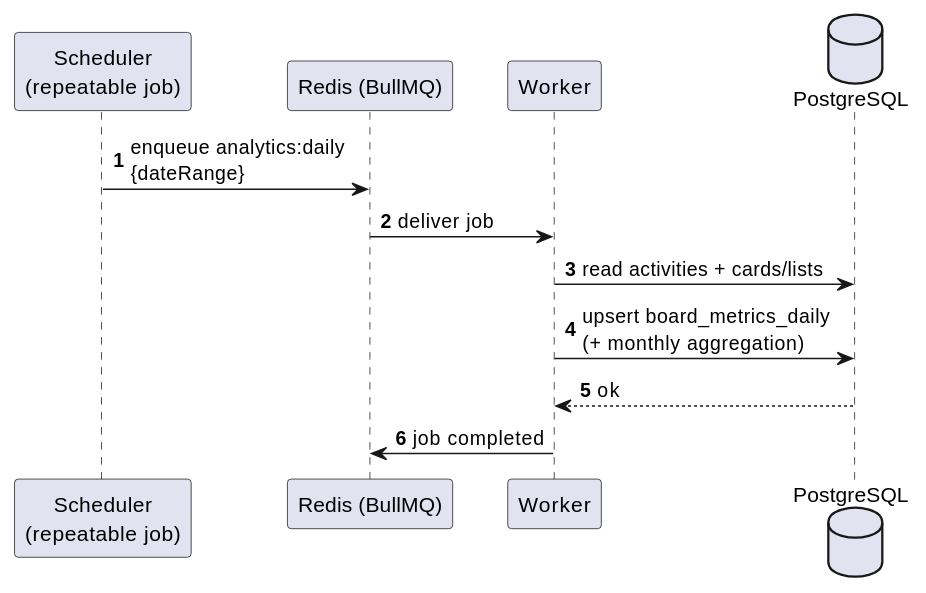
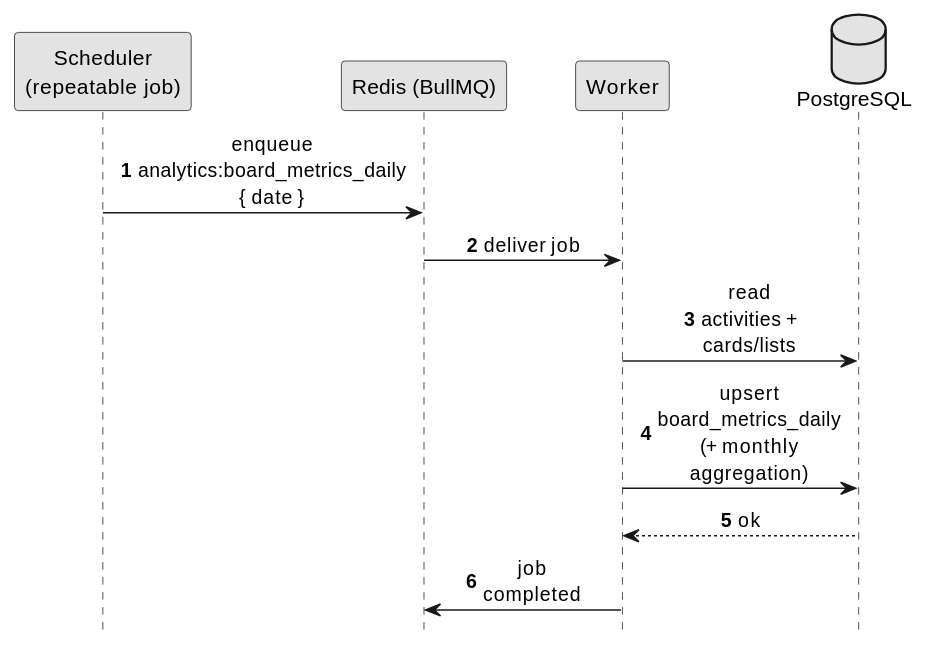
One commit to tvquang0511/TeamHub changed the ninth of 9 diagrams in docs/diagrams/sequence-diagram.md. Above: the diagram before and after it, drawn with PlantUML. The commit also changed other lines of this file and 13 other files, not shown here.

Commit message:
add sequence diagrams

````diff
--- a/docs/diagrams/sequence-diagram.md
+++ b/docs/diagrams/sequence-diagram.md
@@ -119,16 +437,26 @@
 ```plantuml
 @startuml
+!pragma teoz true
 autonumber
+hide footbox
+
+skinparam shadowing false
+skinparam monochrome true
+skinparam sequenceMessageAlign center
+skinparam ParticipantPadding 18
+skinparam BoxPadding 14
+skinparam maxMessageSize 80
+
 participant "Scheduler\n(repeatable job)" as SCH
 participant "Redis (BullMQ)" as R
 participant "Worker" as W
 database "PostgreSQL" as DB
 
-SCH -> R: enqueue analytics:daily\n{dateRange}
+SCH -> R: enqueue analytics:board_metrics_daily\n{ date }
 R -> W: deliver job
 W -> DB: read activities + cards/lists
 W -> DB: upsert board_metrics_daily\n(+ monthly aggregation)
 DB --> W: ok
 W -> R: job completed
 @enduml
 ```
````
